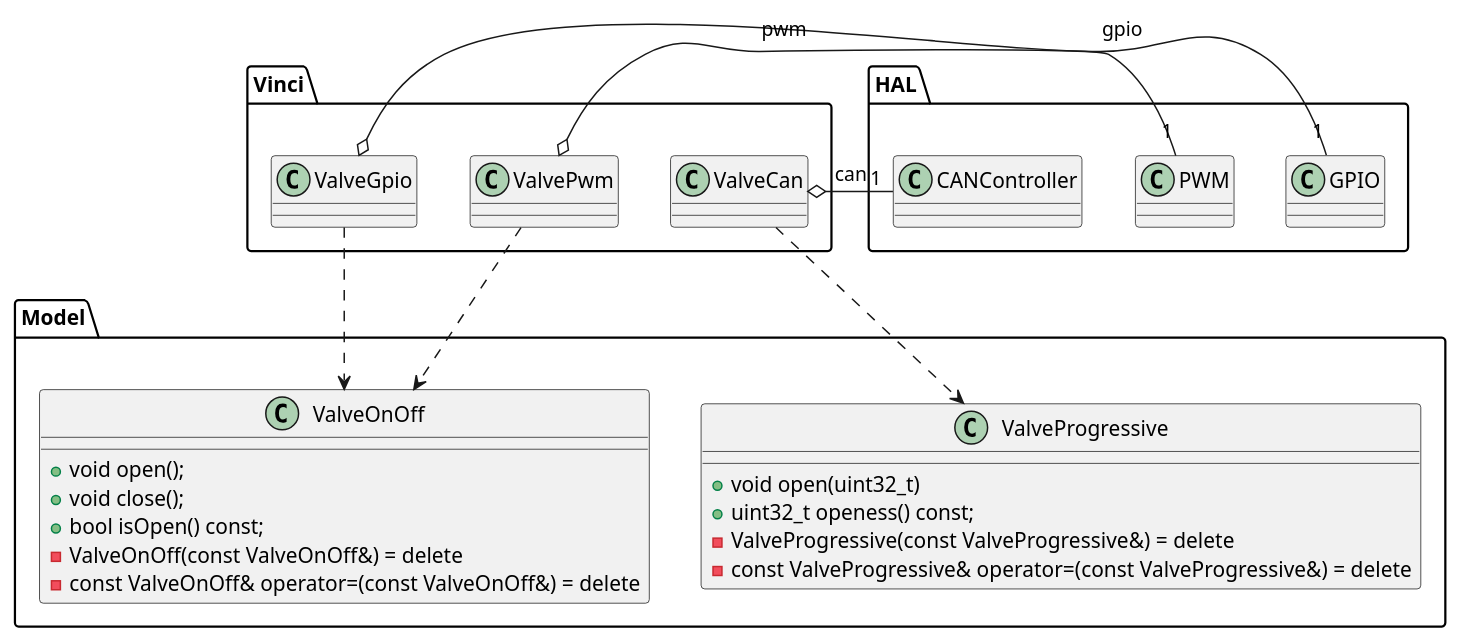
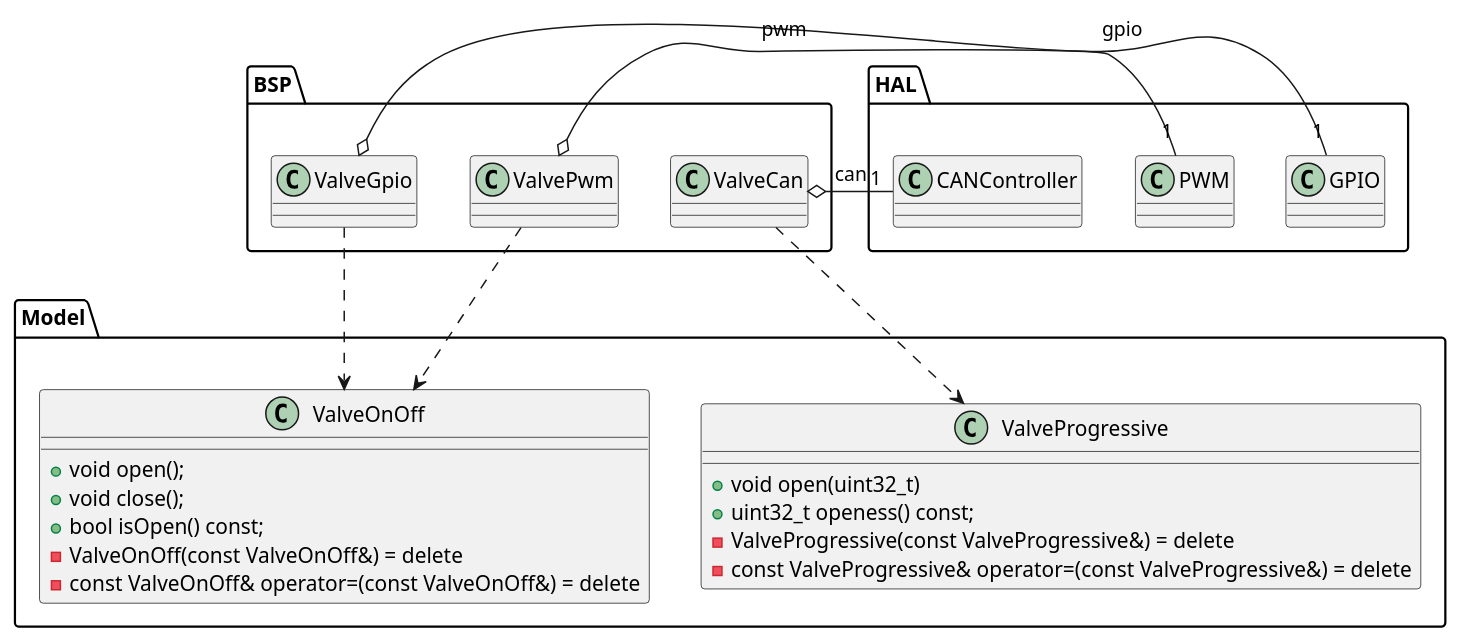
The diagram in src/site/website/content/blog/2023/blog-2023-12-04.adoc (tangly-team/tangly-os), drawn with PlantUML before and after one commit. The commit also changed other lines of this file and 81 other files, not shown here.

```diff
--- a/src/site/website/content/blog/2023/blog-2023-12-04.adoc
+++ b/src/site/website/content/blog/2023/blog-2023-12-04.adoc
@@ -26,35 +37,35 @@
-[plantuml,device-model,svg]
+[plantuml,device-model,svg,role="text-center"]
 ----
 set separator ::
 
 class Model::ValveOnOff {
     + void open();
     + void close();
     + bool isOpen() const;
     - ValveOnOff(const ValveOnOff&) = delete
     - const ValveOnOff& operator=(const ValveOnOff&) = delete
 }
 
 class Model::ValveProgressive {
     + void open(uint32_t)
     + uint32_t openess() const;
     - ValveProgressive(const ValveProgressive&) = delete
     - const ValveProgressive& operator=(const ValveProgressive&) = delete
 }
 
 class HAL::GPIO {}
 class HAL::PWM {}
 class HAL::CANController {}
 
-class Vinci::ValveGpio {}
+class BSP::ValveGpio {}
 ValveGpio ..> ValveOnOff
 ValveGpio o- "1" GPIO : gpio
 
-class Vinci::ValvePwm {}
+class BSP::ValvePwm {}
 ValvePwm ..> ValveOnOff
 ValvePwm o- "1" PWM : pwm
 
-class Vinci::ValveCan {}
+class BSP::ValveCan {}
 ValveCan ..> ValveProgressive
 ValveCan o- "1" CANController : can
 ----
```
